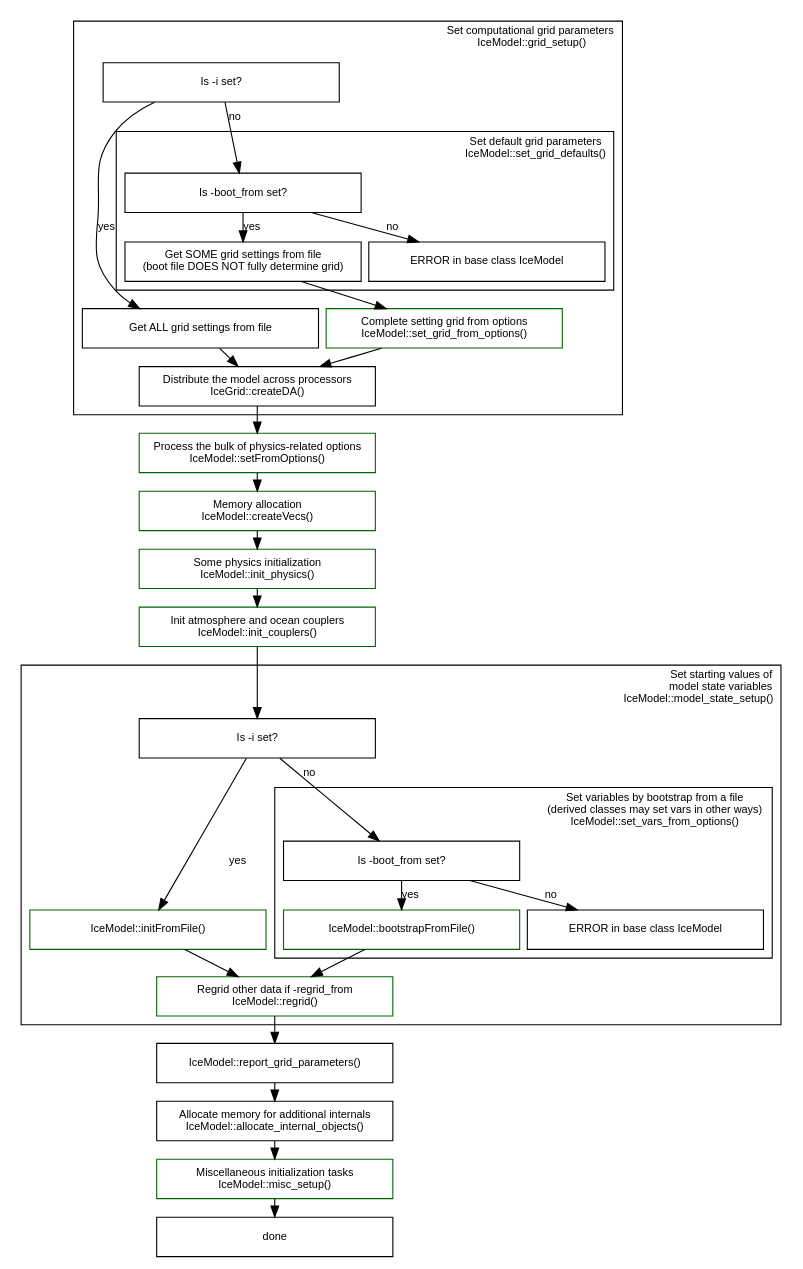
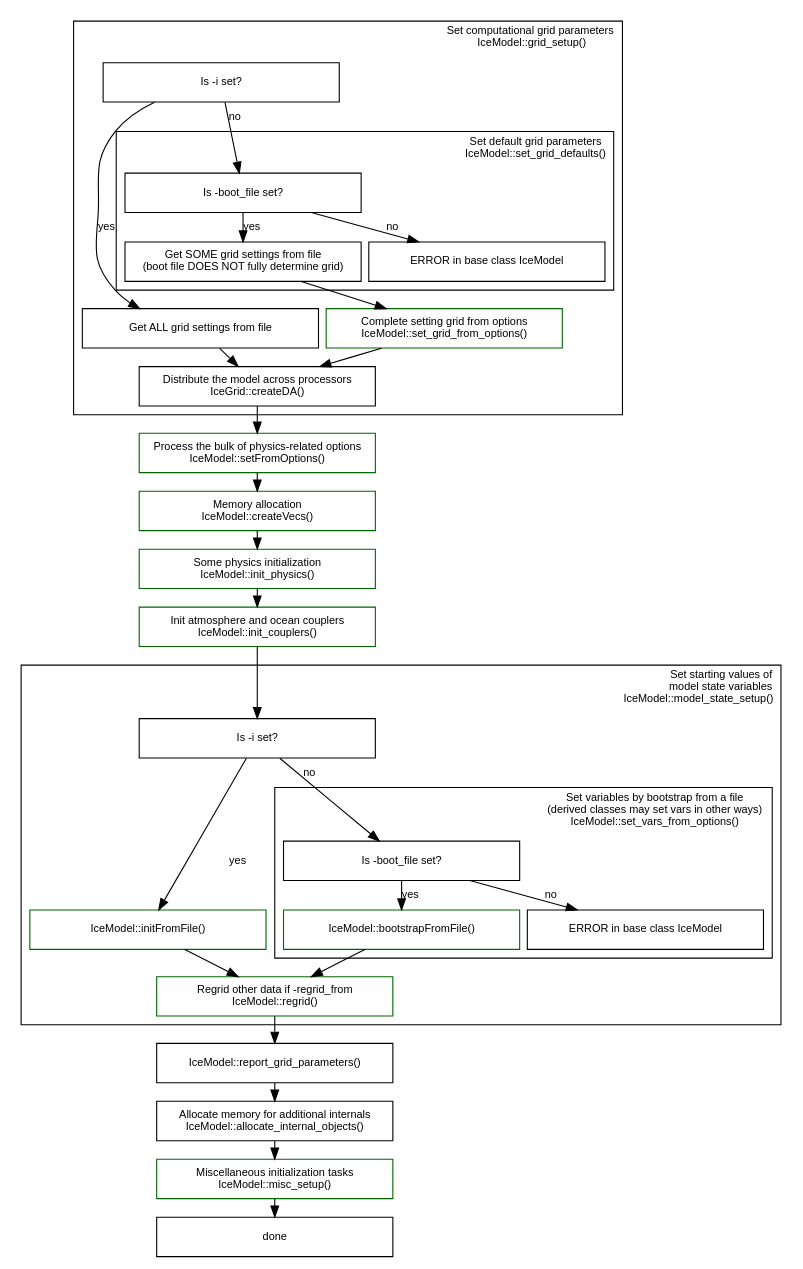
One commit to pism/pism changed the diagram in doc/browser/initialization-sequence.dot. Above: the diagram before and after it, drawn with Graphviz. The commit also changed 38 other files, not shown here.

```diff
--- a/doc/browser/initialization-sequence.dot
+++ b/doc/browser/initialization-sequence.dot
@@ -1,103 +1,103 @@
 // Use
 // dot -Tpng initialization-sequence.dot -o initialization-sequence.png
 // to create the picture (or just grab it from the class browser).
 
 digraph pism_init {
   // Global graph parameters
   node [fontname=Arial fontsize=10 shape=box width=3];
   edge [fontname=Arial fontsize=10];
   graph [fontname=Arial fontsize=10 ranksep=0.1 nodesep=0.1];
 
   subgraph cluster_grid {
     label = "Set computational grid parameters\rIceModel::grid_setup()";
     URL = "\ref IceModel::grid_setup()";
     labeljust = r;
 
     is_i_set1 [label = "Is -i set?"];
 
     grid_from_file [label = "Get ALL grid settings from file" URL="\ref PISMIO::get_grid()"];
 
     subgraph cluster_set_grid_defaults {
       label = "Set default grid parameters\nIceModel::set_grid_defaults()";
       labeljust = r;
       URL = "\ref IceModel::set_grid_defaults()";
 
-      is_boot_from_set1 [label = "Is -boot_from set?"];
+      is_boot_file_set1 [label = "Is -boot_file set?"];
       
       grid_from_boot_file [label = "Get SOME grid settings from file\n(boot file DOES NOT fully determine grid)" URL="\ref PISMIO::get_grid()"];
       
       fail_in_IceModel1 [label = "ERROR in base class IceModel"]
       
-      is_boot_from_set1 -> grid_from_boot_file [label = "yes"];
-      is_boot_from_set1 -> fail_in_IceModel1 [label = "no"];
+      is_boot_file_set1 -> grid_from_boot_file [label = "yes"];
+      is_boot_file_set1 -> fail_in_IceModel1 [label = "no"];
 
     }
 
-    is_i_set1 -> is_boot_from_set1 [label = "no"];
+    is_i_set1 -> is_boot_file_set1 [label = "no"];
     is_i_set1 -> grid_from_file [label = "yes"];
 
     grid_from_options [label = "Complete setting grid from options\nIceModel::set_grid_from_options()" color=darkgreen URL="\ref IceModel::set_grid_from_options()"];
       
     grid_from_boot_file -> grid_from_options;
 
     createDA [label = "Distribute the model across processors\nIceGrid::createDA()" URL="\ref IceGrid::createDA()"];
     {grid_from_file grid_from_options} -> createDA;
   }
 
   setFromOptions [label = "Process the bulk of physics-related options\nIceModel::setFromOptions()" color=darkgreen URL="\ref IceModel::setFromOptions()"];
   createDA -> setFromOptions;
   
   createVecs [label = "Memory allocation\nIceModel::createVecs()" color=darkgreen URL="\ref IceModel::createVecs()"];
   setFromOptions -> createVecs;
 
   init_physics [label = "Some physics initialization\nIceModel::init_physics()" color=darkgreen URL="\ref IceModel::init_physics()"];
   createVecs -> init_physics;
 
   init_couplers [label = "Init atmosphere and ocean couplers\nIceModel::init_couplers()" color=darkgreen URL="\ref IceModel::init_couplers()"];
   init_physics -> init_couplers;
 
   init_couplers -> is_i_set2;
 
   subgraph cluster_model_state {
     label = "Set starting values of\rmodel state variables\rIceModel::model_state_setup()";
     labeljust = r;
     URL = "\ref IceModel::model_state_setup()";
 
     is_i_set2 [label = "Is -i set?"];
 
     initFromFile [label = "IceModel::initFromFile()" color=darkgreen URL="\ref IceModel::initFromFile()"];
     
     subgraph cluster_set_values_from_options {
       label = "Set variables by bootstrap from a file\n(derived classes may set vars in other ways) \nIceModel::set_vars_from_options()";
       labeljust = r;
       URL = "\ref IceModel::set_vars_from_options()";
 
-      is_boot_from_set [label = "Is -boot_from set?"];
+      is_boot_file_set [label = "Is -boot_file set?"];
       
       bootstrap_from_file [label = "IceModel::bootstrapFromFile()" color=darkgreen URL="\ref IceModel::bootstrapFromFile()"];
       
       fail_in_IceModel [label = "ERROR in base class IceModel"]
       
-      is_boot_from_set -> bootstrap_from_file [label = "yes"];
-      is_boot_from_set -> fail_in_IceModel [label = "no"];
+      is_boot_file_set -> bootstrap_from_file [label = "yes"];
+      is_boot_file_set -> fail_in_IceModel [label = "no"];
       
     }
     is_i_set2 -> initFromFile [label = "yes"];
-    is_i_set2 -> is_boot_from_set [label = "no"];
+    is_i_set2 -> is_boot_file_set [label = "no"];
 
     regrid [label = "Regrid other data if -regrid_from\nIceModel::regrid()" color=darkgreen URL="\ref IceModel::regrid()"];
     {initFromFile bootstrap_from_file} -> regrid;
   }  
 
 
   report [label = "IceModel::report_grid_parameters()" URL="\ref IceModel::report_grid_parameters()"];
   regrid -> report;
 
   allocate_internal_objects [label = "Allocate memory for additional internals\nIceModel::allocate_internal_objects()" URL="\ref IceModel::allocate_internal_objects()"];
   report -> allocate_internal_objects;
 
   misc [label = "Miscellaneous initialization tasks\nIceModel::misc_setup()" color=darkgreen URL="\ref IceModel::misc_setup()"];
   allocate_internal_objects -> misc;
 
   misc -> done;
 }
```
